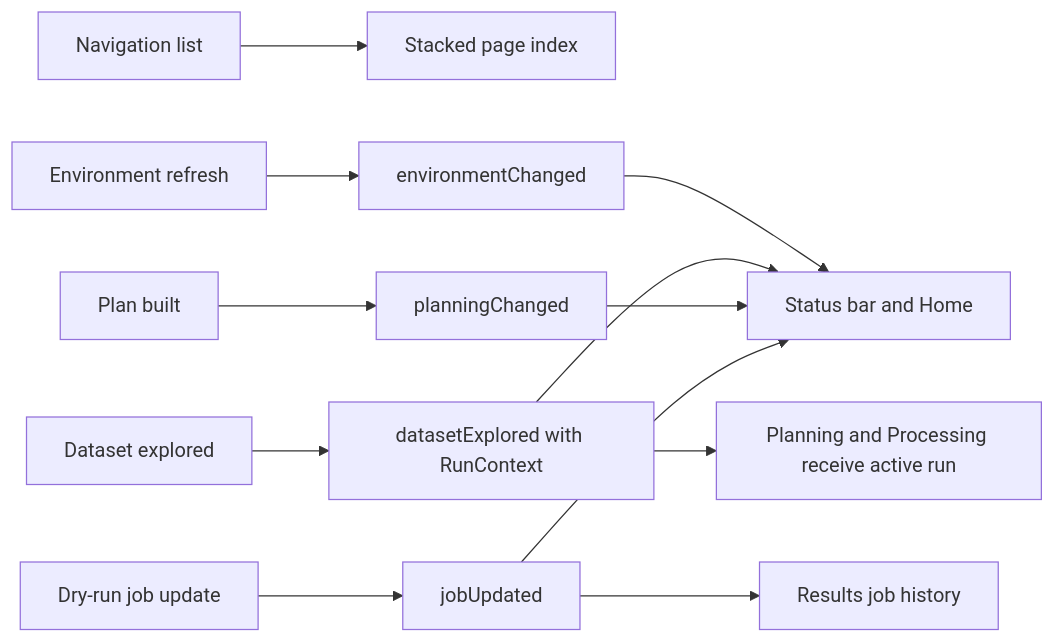
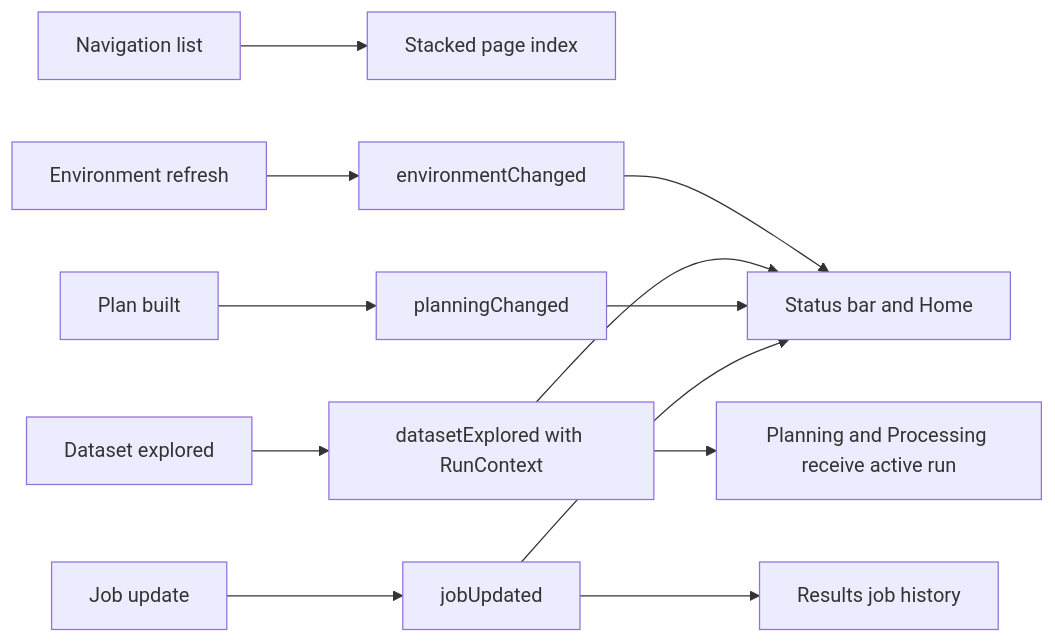
The second of 2 diagrams in docs/ui/MISSION_CONTROL.md (sticholas/pyforestscan-qgis), drawn with Mermaid before and after one commit. The commit also changed other lines of this file and 23 other files, not shown here.

````diff
--- a/docs/ui/MISSION_CONTROL.md
+++ b/docs/ui/MISSION_CONTROL.md
@@ -52,14 +52,14 @@
 ```mermaid
 flowchart LR
     A["Navigation list"] --> B["Stacked page index"]
     C["Environment refresh"] --> D["environmentChanged"]
     E["Dataset explored"] --> F["datasetExplored with RunContext"]
     F --> G["Planning and Processing receive active run"]
     H["Plan built"] --> I["planningChanged"]
-    K["Dry-run job update"] --> L["jobUpdated"]
+    K["Job update"] --> L["jobUpdated"]
     D --> J["Status bar and Home"]
     F --> J
     I --> J
     L --> J
     L --> M["Results job history"]
 ```
````
